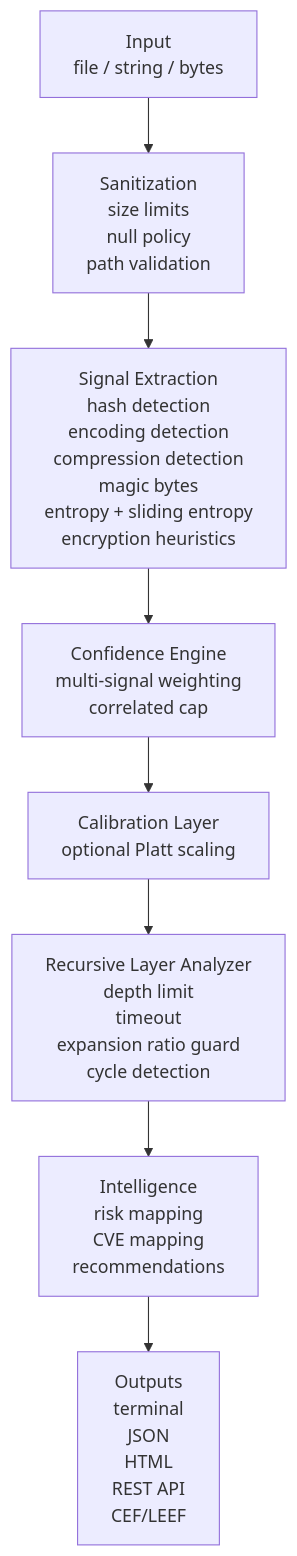
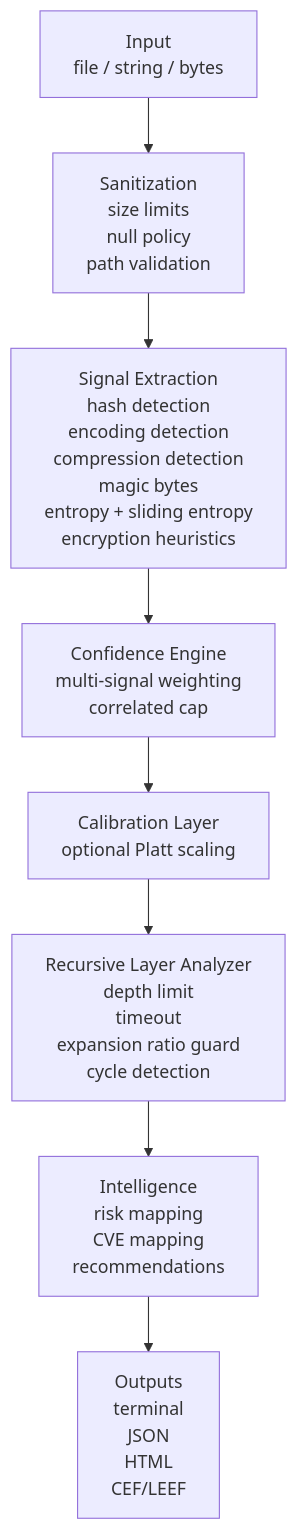
One commit to parv68/CryptoTrace changed the diagram in README.md. Above: the diagram before and after it, drawn with Mermaid. The commit also changed other lines of this file and 34 other files, not shown here.

````diff
--- a/README.md
+++ b/README.md
@@ -158,35 +151,34 @@
 ```mermaid
 flowchart TD
   A[Input
   file / string / bytes] --> B[Sanitization
   size limits
   null policy
   path validation]
   B --> C[Signal Extraction
   hash detection
   encoding detection
   compression detection
   magic bytes
   entropy + sliding entropy
   encryption heuristics]
   C --> D[Confidence Engine
   multi-signal weighting
   correlated cap]
   D --> E[Calibration Layer
   optional Platt scaling]
   E --> F[Recursive Layer Analyzer
   depth limit
   timeout
   expansion ratio guard
   cycle detection]
   F --> G[Intelligence
   risk mapping
   CVE mapping
   recommendations]
   G --> H[Outputs
   terminal
   JSON
   HTML
-  REST API
   CEF/LEEF]
 ```
````
